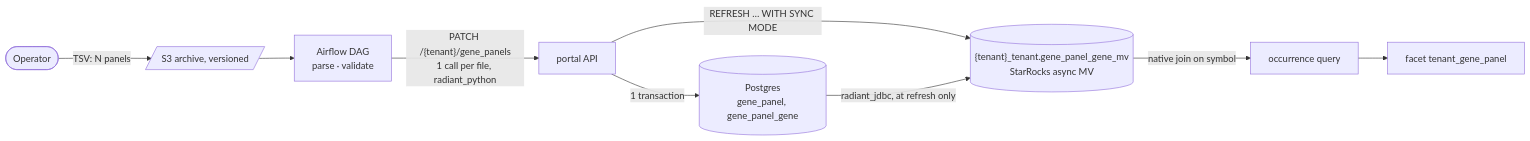
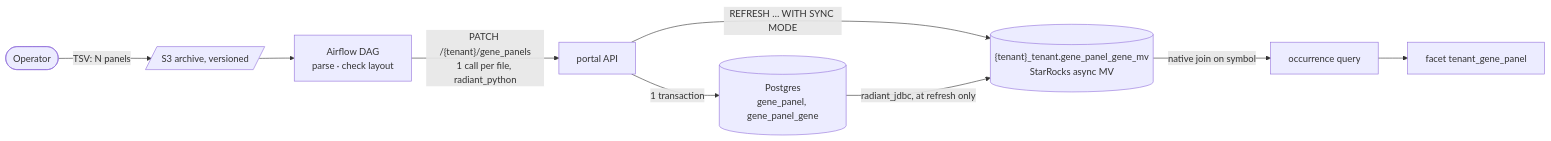
The first of 8 diagrams in docs/features/RAD-10-filtered-variants-by-gene-panels.md (radiant-network/radiant-hub), drawn with Mermaid before and after one commit. The commit also changed other lines of this file, not shown here.

````diff
--- a/docs/features/RAD-10-filtered-variants-by-gene-panels.md
+++ b/docs/features/RAD-10-filtered-variants-by-gene-panels.md
@@ -35,8 +35,8 @@
 ```mermaid
 flowchart LR
-  O([Operator]) -->|"TSV: N panels"| S3[/S3 archive, versioned/] --> DAG["Airflow DAG<br/>parse · validate"] -->|"PATCH /{tenant}/gene_panels<br/>1 call per file, radiant_python"| API[portal API]
+  O([Operator]) -->|"TSV: N panels"| S3[/S3 archive, versioned/] --> DAG["Airflow DAG<br/>parse · check layout"] -->|"PATCH /{tenant}/gene_panels<br/>1 call per file, radiant_python"| API[portal API]
   API -->|"1 transaction"| PG[(Postgres<br/>gene_panel, gene_panel_gene)]
   API -->|"REFRESH … WITH SYNC MODE"| MV[("{tenant}_tenant.gene_panel_gene_mv<br/>StarRocks async MV")]
   PG -->|"radiant_jdbc, at refresh only"| MV
   MV -->|"native join on symbol"| Q[occurrence query] --> FE[facet tenant_gene_panel]
 ```
````
